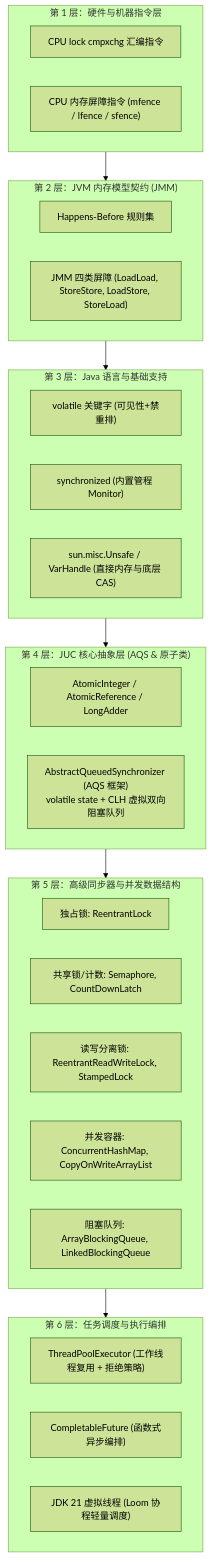
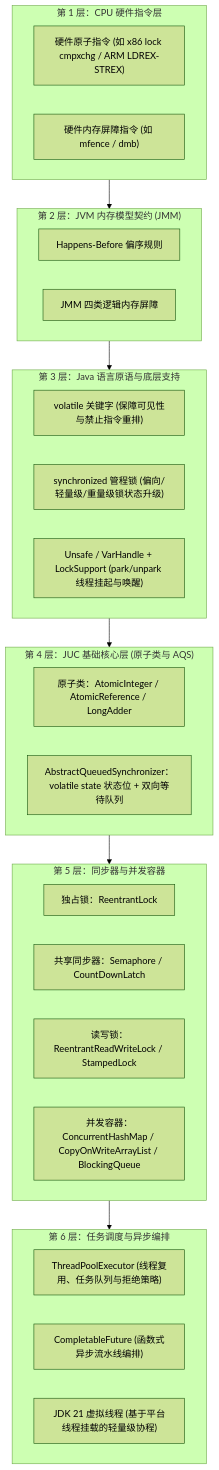
One commit to GuoWWWX/knowledge-base changed the second of 2 diagrams in 20-Java后端/10-知识串联与专题/01-JMM到JUC并发工具的完整链路.md. Above: the diagram before and after it, drawn with Mermaid (forest theme). The commit also changed other lines of this file and 251 other files, not shown here.

````diff
--- a/20-Java后端/10-知识串联与专题/01-JMM到JUC并发工具的完整链路.md
+++ b/20-Java后端/10-知识串联与专题/01-JMM到JUC并发工具的完整链路.md
@@ -68,43 +72,42 @@
 ```mermaid
 flowchart TD
-    subgraph Layer1["第 1 层：硬件与机器指令层"]
-        CPU_CAS["CPU lock cmpxchg 汇编指令"]
-        CPU_MB["CPU 内存屏障指令 (mfence / lfence / sfence)"]
+    subgraph Layer1["第 1 层：CPU 硬件指令层"]
+        CPU_CAS["硬件原子指令 (如 x86 lock cmpxchg / ARM LDREX-STREX)"]
+        CPU_MB["硬件内存屏障指令 (如 mfence / dmb)"]
     end
 
     subgraph Layer2["第 2 层：JVM 内存模型契约 (JMM)"]
-        HB_Rule["Happens-Before 规则集"]
-        Four_Barriers["JMM 四类屏障 (LoadLoad, StoreStore, LoadStore, StoreLoad)"]
+        HB_Rule["Happens-Before 偏序规则"]
+        Four_Barriers["JMM 四类逻辑内存屏障"]
     end
 
-    subgraph Layer3["第 3 层：Java 语言与基础支持"]
-        VolatileKw["volatile 关键字 (可见性+禁重排)"]
-        SyncKw["synchronized (内置管程 Monitor)"]
-        UnsafeClass["sun.misc.Unsafe / VarHandle (直接内存与底层 CAS)"]
+    subgraph Layer3["第 3 层：Java 语言原语与底层支持"]
+        VolatileKw["volatile 关键字 (保障可见性与禁止指令重排)"]
+        SyncKw["synchronized 管程锁 (偏向/轻量级/重量级锁状态升级)"]
+        UnsafeClass["Unsafe / VarHandle + LockSupport (park/unpark 线程挂起与唤醒)"]
     end
 
-    subgraph Layer4["第 4 层：JUC 核心抽象层 (AQS & 原子类)"]
-        AtomicVars["AtomicInteger / AtomicReference / LongAdder"]
-        AQS["AbstractQueuedSynchronizer (AQS 框架)<br/>volatile state + CLH 虚拟双向阻塞队列"]
+    subgraph Layer4["第 4 层：JUC 基础核心层 (原子类与 AQS)"]
+        AtomicVars["原子类：AtomicInteger / AtomicReference / LongAdder"]
+        AQS["AbstractQueuedSynchronizer：volatile state 状态位 + 双向等待队列"]
     end
 
-    subgraph Layer5["第 5 层：高级同步器与并发数据结构"]
-        ExclusiveLock["独占锁: ReentrantLock"]
-        SharedLock["共享锁/计数: Semaphore, CountDownLatch"]
-        ReadWriteLock["读写分离锁: ReentrantReadWriteLock, StampedLock"]
-        ConcurrentCollections["并发容器: ConcurrentHashMap, CopyOnWriteArrayList"]
-        BlockingQueues["阻塞队列: ArrayBlockingQueue, LinkedBlockingQueue"]
+    subgraph Layer5["第 5 层：同步器与并发容器"]
+        ExclusiveLock["独占锁：ReentrantLock"]
+        SharedLock["共享同步器：Semaphore / CountDownLatch"]
+        ReadWriteLock["读写锁：ReentrantReadWriteLock / StampedLock"]
+        ConcurrentCollections["并发容器：ConcurrentHashMap / CopyOnWriteArrayList / BlockingQueue"]
     end
 
-    subgraph Layer6["第 6 层：任务调度与执行编排"]
-        ThreadPool["ThreadPoolExecutor (工作线程复用 + 拒绝策略)"]
-        FutureTask["CompletableFuture (函数式异步编排)"]
-        VirtualThread["JDK 21 虚拟线程 (Loom 协程轻量调度)"]
+    subgraph Layer6["第 6 层：任务调度与异步编排"]
+        ThreadPool["ThreadPoolExecutor (线程复用、任务队列与拒绝策略)"]
+        FutureTask["CompletableFuture (函数式异步流水线编排)"]
+        VirtualThread["JDK 21 虚拟线程 (基于平台线程挂载的轻量级协程)"]
     end
 
     Layer1 --> Layer2
     Layer2 --> Layer3
     Layer3 --> Layer4
     Layer4 --> Layer5
     Layer5 --> Layer6
 ```
````
